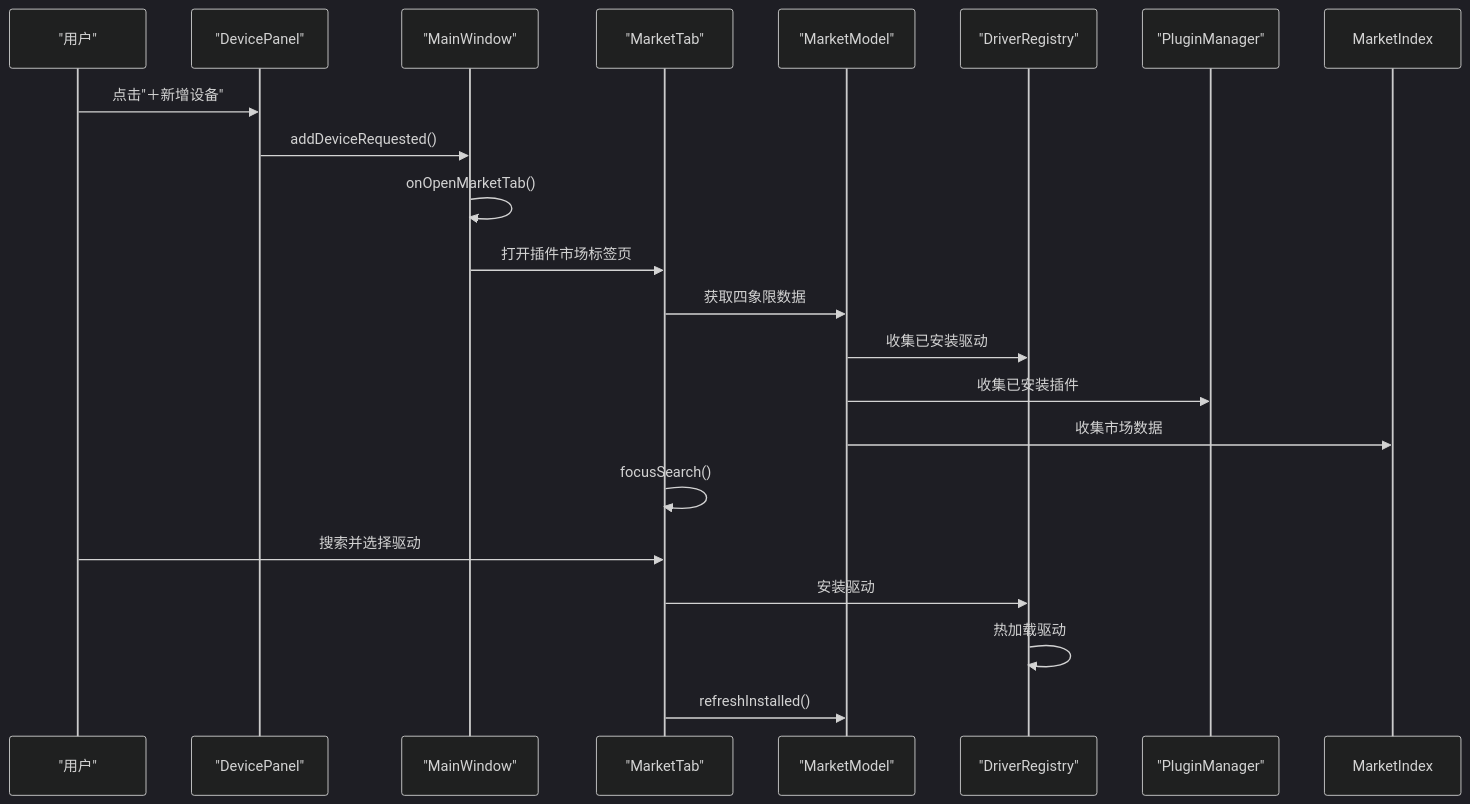
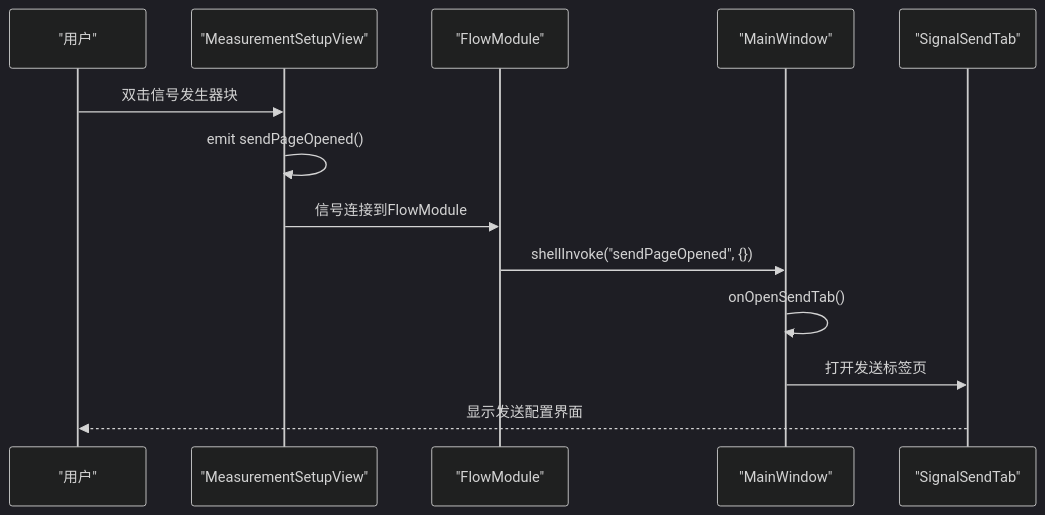
The tenth of 14 diagrams in .qoder/repowiki/zh/content/核心模块详解/主窗口组件.md (jakecai1225-design/OpenBus), drawn with Mermaid (dark theme) before and after one commit. The commit also changed other lines of this file and 14 other files, not shown here.

````diff
--- a/.qoder/repowiki/zh/content/核心模块详解/主窗口组件.md
+++ b/.qoder/repowiki/zh/content/核心模块详解/主窗口组件.md
@@ -586,23 +689,15 @@
 ```mermaid
 sequenceDiagram
 participant User as "用户"
-participant DP as "DevicePanel"
+participant MSV as "MeasurementSetupView"
+participant FM as "FlowModule"
 participant MW as "MainWindow"
-participant MT as "MarketTab"
-participant MM as "MarketModel"
-participant DM as "DriverRegistry"
-participant PM as "PluginManager"
-User->>DP : 点击"＋新增设备"
-DP->>MW : addDeviceRequested()
-MW->>MW : onOpenMarketTab()
-MW->>MT : 打开插件市场标签页
-MT->>MM : 获取四象限数据
-MM->>DM : 收集已安装驱动
-MM->>PM : 收集已安装插件
-MM->>MarketIndex : 收集市场数据
-MT->>MT : focusSearch()
-User->>MT : 搜索并选择驱动
-MT->>DM : 安装驱动
-DM->>DM : 热加载驱动
-MT->>MM : refreshInstalled()
+participant SST as "SignalSendTab"
+User->>MSV : 双击信号发生器块
+MSV->>MSV : emit sendPageOpened()
+MSV->>FM : 信号连接到FlowModule
+FM->>MW : shellInvoke("sendPageOpened", {})
+MW->>MW : onOpenSendTab()
+MW->>SST : 打开发送标签页
+SST-->>User : 显示发送配置界面
 ```
````
